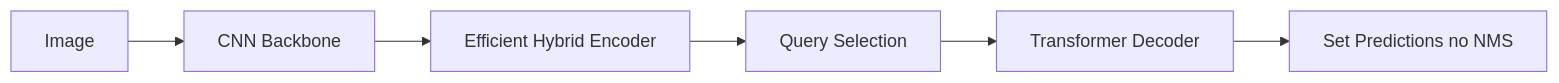
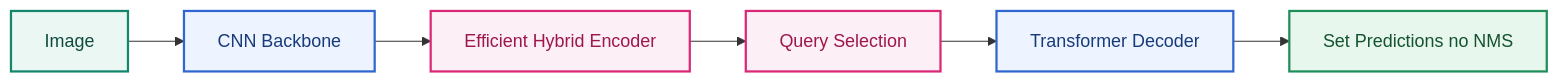
The third of 15 diagrams in research/3.research_tsr_detection_architecture_research.md (LeNguyenHaiDuong/adas-tsr), drawn with Mermaid before and after one commit. The commit also changed other lines of this file and 5 other files, not shown here.

Commit message:
Add mermaid color

````diff
--- a/research/3.research_tsr_detection_architecture_research.md
+++ b/research/3.research_tsr_detection_architecture_research.md
@@ -238,8 +269,17 @@
 ```mermaid
 flowchart LR
     A[Image] --> B[CNN Backbone]
     B --> C[Efficient Hybrid Encoder]
     C --> D[Query Selection]
     D --> E[Transformer Decoder]
     E --> F[Set Predictions no NMS]
+
+    classDef source fill:#EAF7F2,stroke:#14866D,color:#0F4C3F,stroke-width:2px;
+    classDef feature fill:#EDF3FF,stroke:#2F66D0,color:#173B7A,stroke-width:2px;
+    classDef support fill:#FCEFF5,stroke:#DB2777,color:#9D174D,stroke-width:2px;
+    classDef integration fill:#E8F7EE,stroke:#1E8E5A,color:#14532D,stroke-width:2px;
+    class A source;
+    class B,E feature;
+    class C,D support;
+    class F integration;
 ```
````
